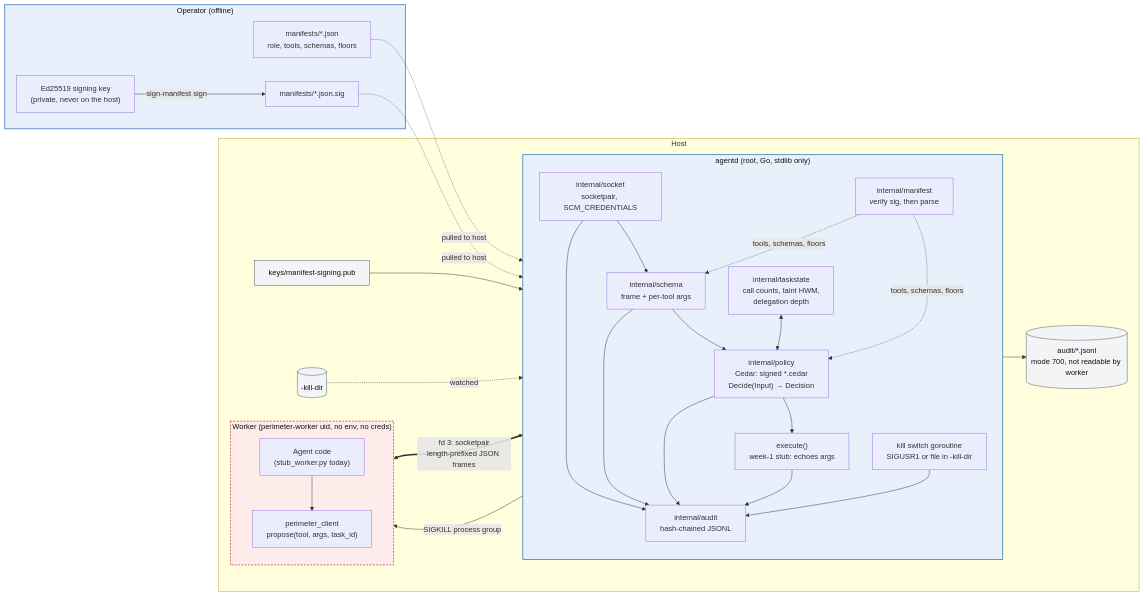
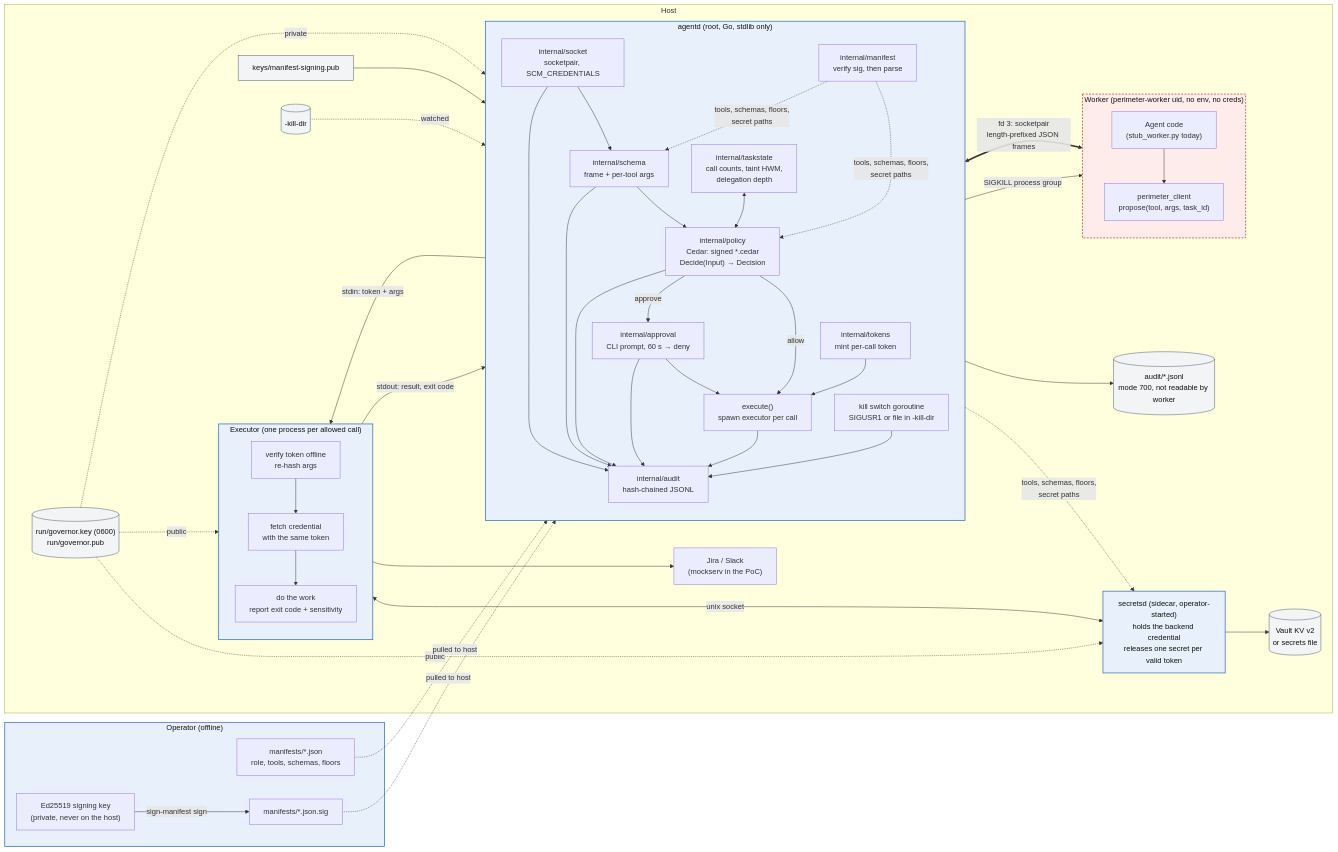
One commit to therealnoof/agent-perimeter- changed the first of 7 diagrams in docs/ARCHITECTURE.md. Above: the diagram before and after it, drawn with Mermaid. The commit also changed other lines of this file and 8 other files, not shown here.

First line of the commit message:
Week 3 close-out: docs, diagrams, test plan, log

````diff
--- a/docs/ARCHITECTURE.md
+++ b/docs/ARCHITECTURE.md
@@ -18,51 +19,75 @@
 ```mermaid
 flowchart LR
     subgraph OP["Operator (offline)"]
         KEY["Ed25519 signing key<br/>(private, never on the host)"]
         MAN["manifests/*.json<br/>role, tools, schemas, floors"]
         KEY -- "sign-manifest sign" --> SIG["manifests/*.json.sig"]
     end
 
     subgraph HOST["Host"]
         subgraph GOV["agentd (root, Go, stdlib only)"]
             direction TB
             M["internal/manifest<br/>verify sig, then parse"]
             S["internal/socket<br/>socketpair, SCM_CREDENTIALS"]
             SC["internal/schema<br/>frame + per-tool args"]
             TS["internal/taskstate<br/>call counts, taint HWM,<br/>delegation depth"]
             P["internal/policy<br/>Cedar: signed *.cedar<br/>Decide(Input) → Decision"]
-            EX["execute()<br/>week-1 stub: echoes args"]
+            AP["internal/approval<br/>CLI prompt, 60 s → deny"]
+            TK["internal/tokens<br/>mint per-call token"]
+            EX["execute()<br/>spawn executor per call"]
             A["internal/audit<br/>hash-chained JSONL"]
             KS["kill switch goroutine<br/>SIGUSR1 or file in -kill-dir"]
         end
 
         subgraph WK["Worker (perimeter-worker uid, no env, no creds)"]
             direction TB
             AG["Agent code<br/>(stub_worker.py today)"]
             CL["perimeter_client<br/>propose(tool, args, task_id)"]
             AG --> CL
         end
 
+        subgraph EXEC["Executor (one process per allowed call)"]
+            direction TB
+            E1["verify token offline<br/>re-hash args"]
+            E2["fetch credential<br/>with the same token"]
+            E3["do the work<br/>report exit code + sensitivity"]
+            E1 --> E2 --> E3
+        end
+
+        SD["secretsd (sidecar, operator-started)<br/>holds the backend credential<br/>releases one secret per valid token"]
+        SVC["Jira / Slack<br/>(mockserv in the PoC)"]
+        VAULT[("Vault KV v2<br/>or secrets file")]
+
         PUB["keys/manifest-signing.pub"]
+        GK[("run/governor.key (0600)<br/>run/governor.pub")]
         LOG[("audit/*.jsonl<br/>mode 700, not readable by worker")]
         KD[("-kill-dir")]
     end
 
     MAN & SIG -. "pulled to host" .-> M
     PUB --> M
     CL <== "fd 3: socketpair<br/>length-prefixed JSON frames" ==> S
     S --> SC --> P
     TS <--> P
-    P --> EX
-    M -. "tools, schemas, floors" .-> SC & P
-    S & SC & P & EX & KS --> A --> LOG
+    P -- "approve" --> AP --> EX
+    P -- "allow" --> EX
+    TK --> EX
+    GK -. "private" .-> TK
+    GK -. "public" .-> E1 & SD
+    EX -- "stdin: token + args" --> EXEC
+    E2 <-- "unix socket" --> SD
+    SD --> VAULT
+    E3 --> SVC
+    EXEC -- "stdout: result, exit code" --> EX
+    M -. "tools, schemas, floors,<br/>secret paths" .-> SC & P & SD
+    S & SC & P & AP & EX & KS --> A --> LOG
     KD -. "watched" .-> KS
     KS -- "SIGKILL process group" --> WK
 
     classDef trusted fill:#e8f1fb,stroke:#2b6cb0,stroke-width:1.5px,color:#111;
     classDef untrusted fill:#fdecea,stroke:#c53030,stroke-width:1.5px,stroke-dasharray:4 3,color:#111;
     classDef store fill:#f3f4f6,stroke:#4b5563,color:#111;
-    class GOV,OP trusted;
+    class GOV,OP,EXEC,SD trusted;
     class WK untrusted;
-    class LOG,KD,PUB store;
+    class LOG,KD,PUB,GK,VAULT store;
 ```
````
